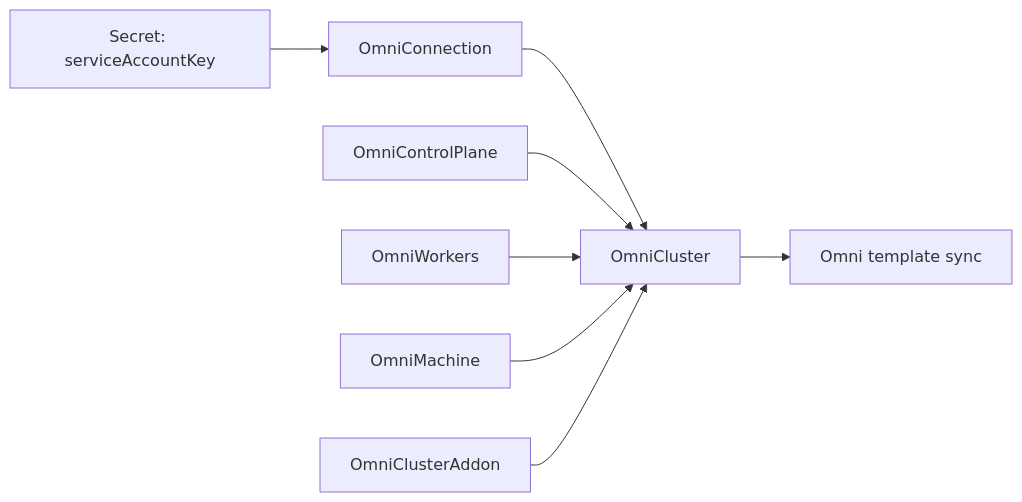
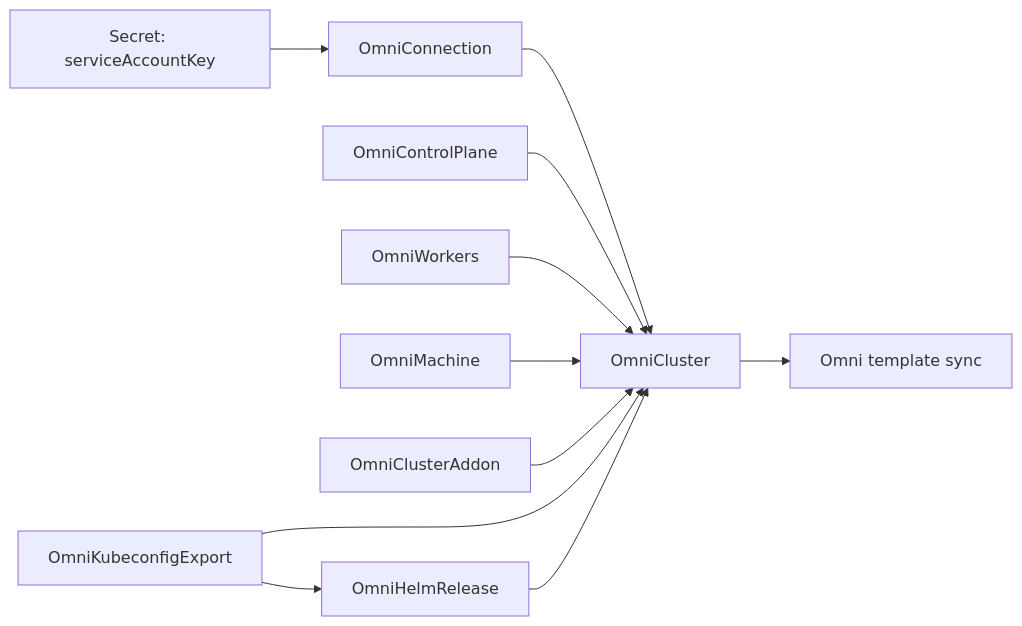
Before and after one commit to texas-hpc/omni-cluster-operator: the diagram in docs/getting-started/create-a-cluster.md, drawn with Mermaid. The commit also changed other lines of this file and 42 other files, not shown here.

````diff
--- a/docs/getting-started/create-a-cluster.md
+++ b/docs/getting-started/create-a-cluster.md
@@ -43,10 +43,13 @@
 ```mermaid
 flowchart LR
   Secret["Secret: serviceAccountKey"] --> Connection["OmniConnection"]
   Connection --> Cluster["OmniCluster"]
   ControlPlane["OmniControlPlane"] --> Cluster
   Workers["OmniWorkers"] --> Cluster
   Machine["OmniMachine"] --> Cluster
   Addon["OmniClusterAddon"] --> Cluster
+  Export["OmniKubeconfigExport"] --> HelmRelease["OmniHelmRelease"]
+  Export --> Cluster
+  HelmRelease --> Cluster
   Cluster --> Omni["Omni template sync"]
 ```
````
